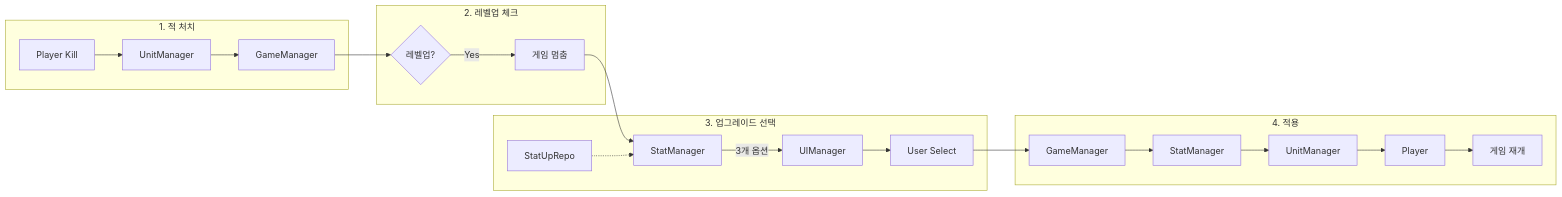
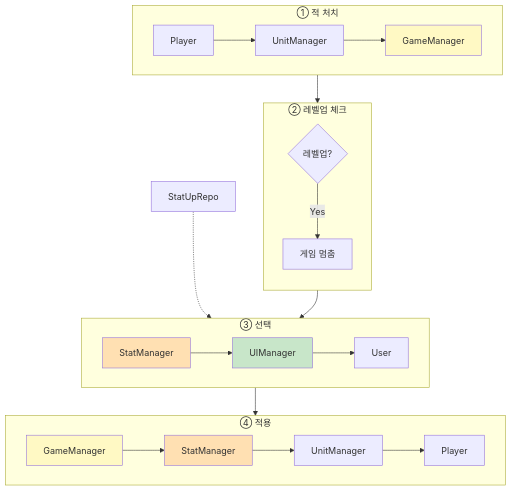
One commit to Merkatte/2D_Topdown_Shoot_UnityProject changed the sixth of 6 diagrams in README.md. Above: the diagram before and after it, drawn with Mermaid. The commit also changed other lines of this file, not shown here.

````diff
--- a/README.md
+++ b/README.md
@@ -582,45 +594,31 @@
 ```mermaid
-flowchart LR
-    subgraph Kill["1. 적 처치"]
-        P1[Player Kill]
-        UM1[UnitManager]
-        GM1[GameManager]
-        
-        P1 --> UM1
-        UM1 --> GM1
+flowchart TD
+    subgraph s1["① 적 처치"]
+        direction LR
+        P1["Player"] --> UM1["UnitManager"] --> GM1["GameManager"]
     end
     
-    subgraph LevelUp["2. 레벨업 체크"]
-        Check{레벨업?}
-        Pause[게임 멈춤]
-        
-        GM1 --> Check
-        Check --> |Yes|Pause
+    subgraph s2["② 레벨업 체크"]
+        direction TB
+        GM1 --> Check{"레벨업?"}
+        Check -->|Yes| Pause["게임 멈춤"]
     end
     
-    subgraph Select["3. 업그레이드 선택"]
-        SM1[StatManager]
-        SR[StatUpRepo]
-        UI[UIManager]
-        User[User Select]
-        
-        Pause --> SM1
-        SR -.-> SM1
-        SM1 --> |3개 옵션|UI
-        UI --> User
+    subgraph s3["③ 선택"]
+        direction LR
+        Pause --> SM1["StatManager"] --> UI["UIManager"] --> User["User"]
     end
     
-    subgraph Apply["4. 적용"]
-        GM2[GameManager]
-        SM2[StatManager]
-        UM2[UnitManager]
-        P2[Player]
-        Resume[게임 재개]
-        
-        User --> GM2
-        GM2 --> SM2
-        SM2 --> UM2
-        UM2 --> P2
-        P2 --> Resume
+    subgraph s4["④ 적용"]
+        direction LR
+        User --> GM2["GameManager"] --> SM2["StatManager"] --> UM2["UnitManager"] --> P2["Player"]
     end
+    
+    SR["StatUpRepo"] -.-> SM1
+    
+    style GM1 fill:#fff9c4
+    style GM2 fill:#fff9c4
+    style SM1 fill:#ffe0b2
+    style SM2 fill:#ffe0b2
+    style UI fill:#c8e6c9
 ```
````
